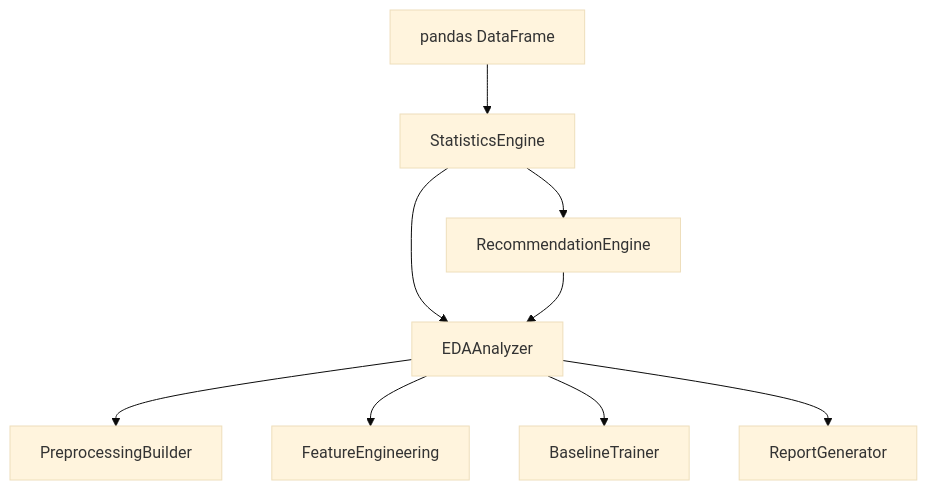
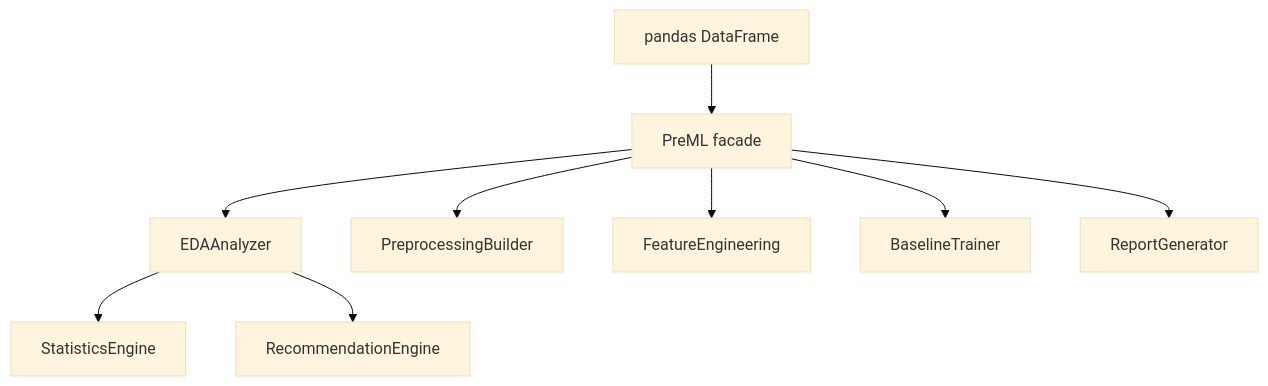
Before and after one commit to pqun7/preml: the diagram in Usage Guide.md, drawn with Mermaid (base theme). The commit also changed other lines of this file and 22 other files, not shown here.

First line of the commit message:
feat: introduce high-level PreML facade and comprehensive user guide

````diff
--- a/Usage Guide.md
+++ b/Usage Guide.md
@@ -107,11 +114,11 @@
 ```mermaid
 flowchart TD
-     A[pandas DataFrame] --> B[StatisticsEngine]
-     B --> C[RecommendationEngine]
-     B --> D[EDAAnalyzer]
-     C --> D
-     D --> E[PreprocessingBuilder]
-     D --> F[FeatureEngineering]
-     D --> G[BaselineTrainer]
-     D --> H[ReportGenerator]
+    A[pandas DataFrame] --> B[PreML facade]
+    B --> C[EDAAnalyzer]
+    C --> D[StatisticsEngine]
+    C --> E[RecommendationEngine]
+    B --> F[PreprocessingBuilder]
+    B --> G[FeatureEngineering]
+    B --> H[BaselineTrainer]
+    B --> I[ReportGenerator]
 ```
````
